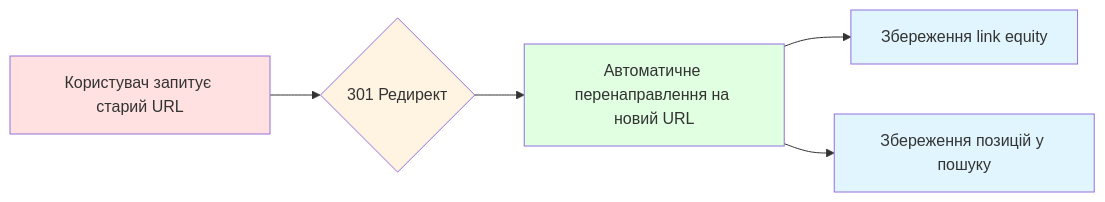
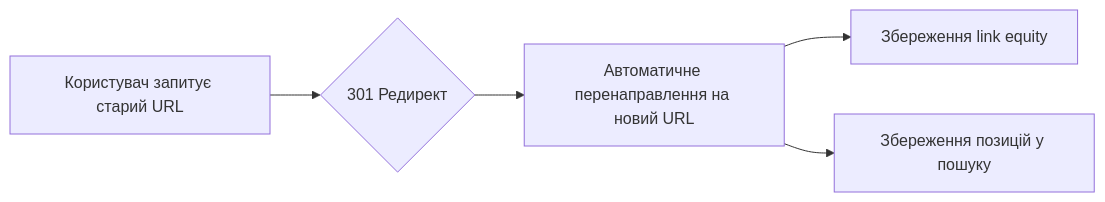
One commit to olroi421/course-seo changed the second of 4 diagrams in lectures/lec-03.md. Above: the diagram before and after it, drawn with Mermaid. The commit also changed other lines of this file and 1 other file, not shown here.

First line of the commit message:
Remove redundant Mermaid style directives

````diff
--- a/lectures/lec-03.md
+++ b/lectures/lec-03.md
@@ -597,13 +593,8 @@
 ```mermaid
 graph LR
     A[Користувач запитує старий URL] --> B{301 Редирект}
     B --> C[Автоматичне перенаправлення на новий URL]
     C --> D[Збереження link equity]
     C --> E[Збереження позицій у пошуку]
 
-    style A fill:#ffe1e1
-    style B fill:#fff4e1
-    style C fill:#e1ffe1
-    style D fill:#e1f5ff
-    style E fill:#e1f5ff
 ```
````
